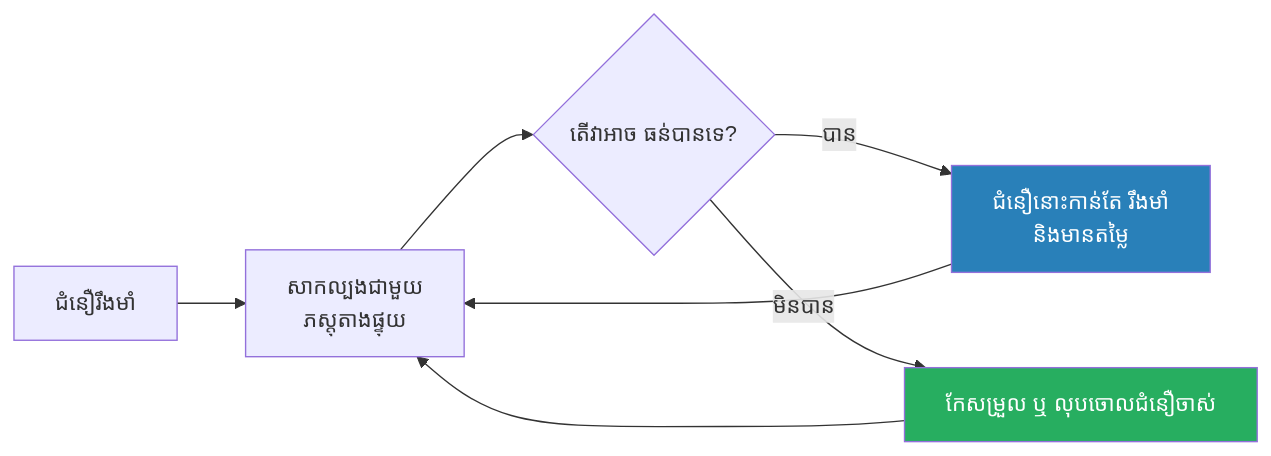
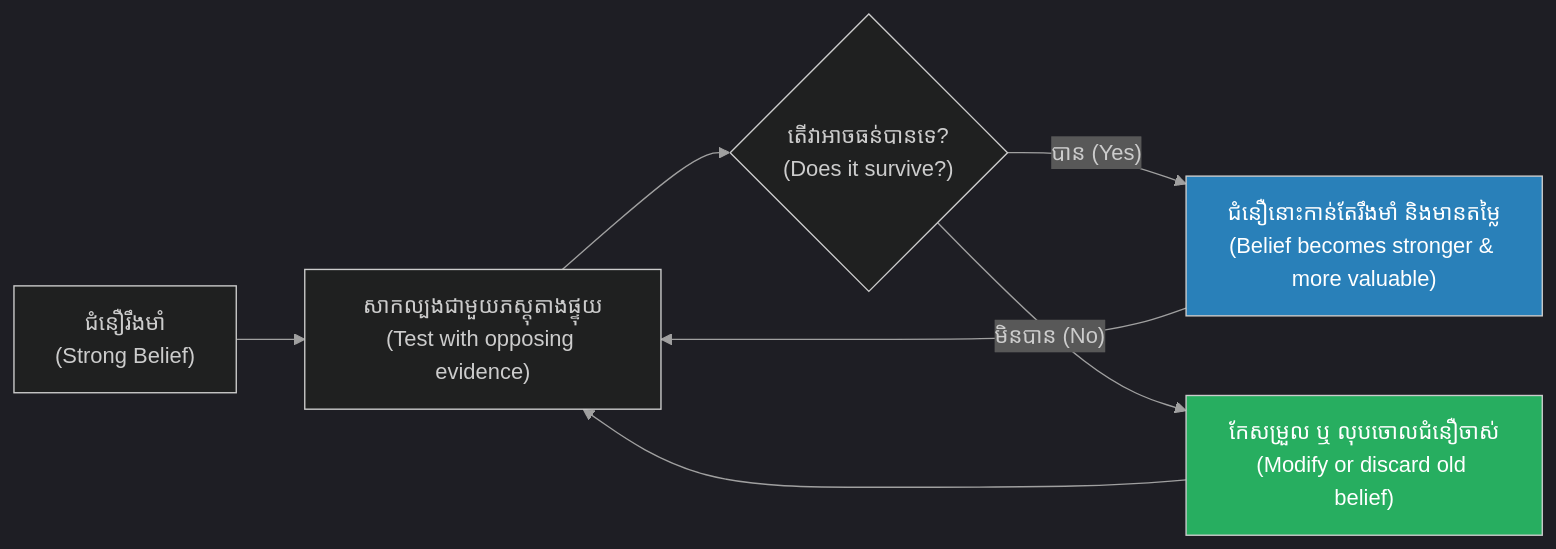
Before and after one commit to GuideStack/iblogger-feeds: the seventh of 7 diagrams in feeds/concepts/articles/01-confirmation-bias.md, drawn with Mermaid. The commit also changed other lines of this file, not shown here.

````diff
--- a/feeds/concepts/articles/01-confirmation-bias.md
+++ b/feeds/concepts/articles/01-confirmation-bias.md
@@ -268,12 +437,21 @@
 ```mermaid
+%%{init: {
+  'theme': 'dark',
+  'themeVariables': {
+    'background': '#1e1e1e',
+    'primaryTextColor': '#ffffff',
+    'lineColor': '#a0a0a0'
+  },
+  'themeCSS': 'svg { background-color: #1e1e1e !important; padding: 1rem !important; border-radius: 8px !important; } .edgeLabel rect { fill: #1e1e1e !important; } text, tspan { fill: #ffffff !important; }'
+}}%%
 graph LR
-    A["ជំនឿរឹងមាំ"] --> B["សាកល្បងជាមួយ<br/>ភស្តុតាងផ្ទុយ"]
-    B --> C{"តើវាអាច ធន់បានទេ?"}
-    C -->|"បាន"| D["ជំនឿនោះកាន់តែ រឹងមាំ<br/>និងមានតម្លៃ"]
-    C -->|"មិនបាន"| E["កែសម្រួល ឬ លុបចោលជំនឿចាស់"]
+    A["ជំនឿរឹងមាំ<br/>(Strong Belief)"] --> B["សាកល្បងជាមួយភស្តុតាងផ្ទុយ<br/>(Test with opposing evidence)"]
+    B --> C{"តើវាអាចធន់បានទេ?<br/>(Does it survive?)"}
+    C -->|"បាន (Yes)"| D["ជំនឿនោះកាន់តែរឹងមាំ និងមានតម្លៃ<br/>(Belief becomes stronger & more valuable)"]
+    C -->|"មិនបាន (No)"| E["កែសម្រួល ឬ លុបចោលជំនឿចាស់<br/>(Modify or discard old belief)"]
     D --> B
     E --> B
 
     style E fill:#27ae60,color:#fff
     style D fill:#2980b9,color:#fff
 ```
````
